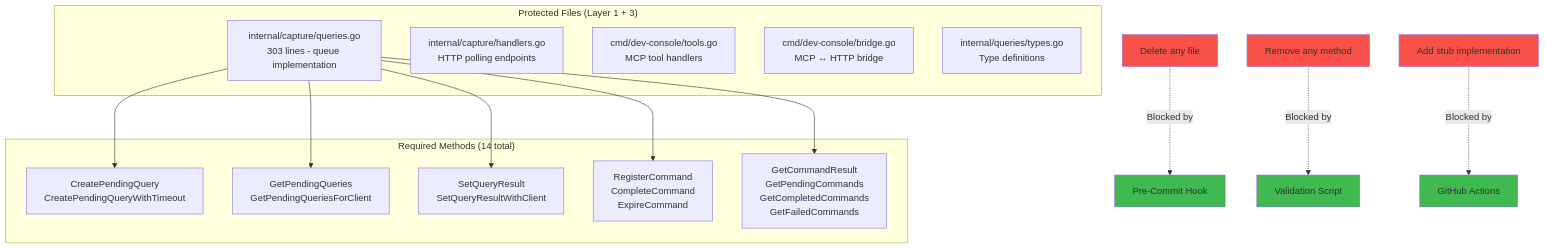
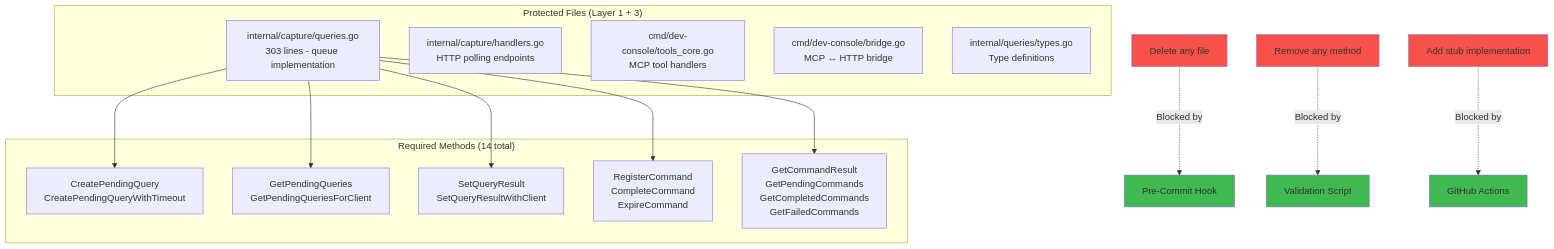
The fifth of 6 diagrams in docs/architecture/diagrams/5-layer-protection.md (brennhill/gasoline-mcp-ai-devtools), drawn with Mermaid before and after one commit. The commit also changed 186 other files, not shown here.

````diff
--- a/docs/architecture/diagrams/5-layer-protection.md
+++ b/docs/architecture/diagrams/5-layer-protection.md
@@ -191,35 +191,35 @@
 ```mermaid
 graph TB
     subgraph "Protected Files (Layer 1 + 3)"
         F1[internal/capture/queries.go<br/>303 lines - queue implementation]
         F2[internal/capture/handlers.go<br/>HTTP polling endpoints]
-        F3[cmd/dev-console/tools.go<br/>MCP tool handlers]
+        F3[cmd/dev-console/tools_core.go<br/>MCP tool handlers]
         F4[cmd/dev-console/bridge.go<br/>MCP ↔ HTTP bridge]
         F5[internal/queries/types.go<br/>Type definitions]
     end
 
     subgraph "Required Methods (14 total)"
         M1[CreatePendingQuery<br/>CreatePendingQueryWithTimeout]
         M2[GetPendingQueries<br/>GetPendingQueriesForClient]
         M3[SetQueryResult<br/>SetQueryResultWithClient]
         M4[RegisterCommand<br/>CompleteCommand<br/>ExpireCommand]
         M5[GetCommandResult<br/>GetPendingCommands<br/>GetCompletedCommands<br/>GetFailedCommands]
     end
 
     F1 --> M1
     F1 --> M2
     F1 --> M3
     F1 --> M4
     F1 --> M5
 
     Delete[Delete any file] -.->|Blocked by| Layer1[Pre-Commit Hook]
     Remove[Remove any method] -.->|Blocked by| Layer3[Validation Script]
     Stub[Add stub implementation] -.->|Blocked by| Layer4[GitHub Actions]
 
     style Delete fill:#f85149
     style Remove fill:#f85149
     style Stub fill:#f85149
     style Layer1 fill:#3fb950
     style Layer3 fill:#3fb950
     style Layer4 fill:#3fb950
 ```
````
